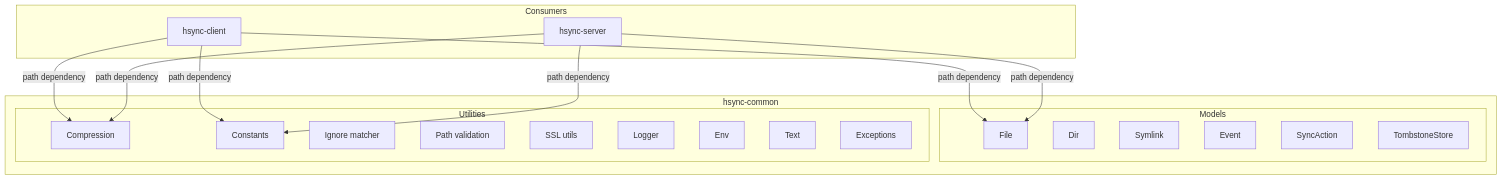
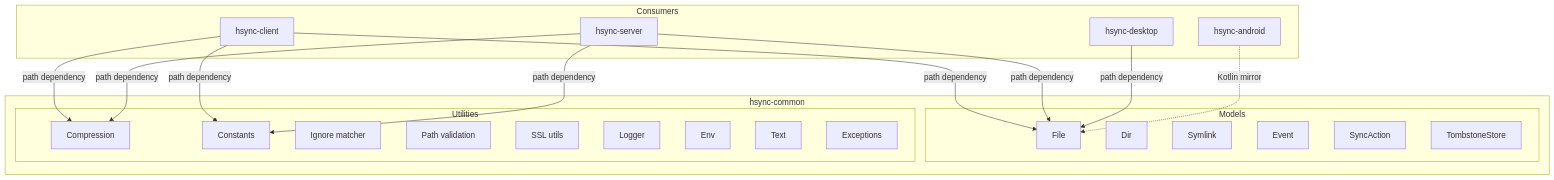
One commit to albertsdk/hsync-common changed the diagram in docs/architecture.md. Above: the diagram before and after it, drawn with Mermaid. The commit also changed other lines of this file, not shown here.

Commit message:
docs: update architecture overview

````diff
--- a/docs/architecture.md
+++ b/docs/architecture.md
@@ -12,37 +12,41 @@
 ```mermaid
 graph TB
     subgraph "hsync-common"
         subgraph "Models"
             FILE[File]
             DIR[Dir]
             SYMLINK[Symlink]
             EVENT[Event]
             SYNC[SyncAction]
             TOMB[TombstoneStore]
         end
 
         subgraph "Utilities"
             COMP[Compression]
             CONST[Constants]
             IGN[Ignore matcher]
             PATH[Path validation]
             SSL[SSL utils]
             LOG[Logger]
             ENV[Env]
             TXT[Text]
             EXC[Exceptions]
         end
     end
 
     subgraph "Consumers"
         CLIENT[hsync-client]
         SERVER[hsync-server]
+        DESKTOP[hsync-desktop]
+        ANDROID[hsync-android]
     end
 
     CLIENT -->|"path dependency"| FILE
     CLIENT -->|"path dependency"| COMP
     CLIENT -->|"path dependency"| CONST
     SERVER -->|"path dependency"| FILE
     SERVER -->|"path dependency"| COMP
     SERVER -->|"path dependency"| CONST
+    DESKTOP -->|"path dependency"| FILE
+    ANDROID -.->|"Kotlin mirror"| FILE
 ```
````
